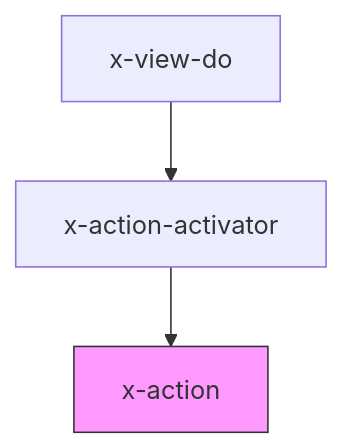
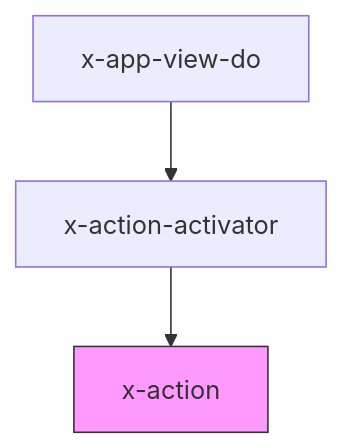
One commit to viewdo/x-ui changed the diagram in docs/pages/components/x-action/readme.md. Above: the diagram before and after it, drawn with Mermaid. The commit also changed 238 other files, not shown here.

````diff
--- a/docs/pages/components/x-action/readme.md
+++ b/docs/pages/components/x-action/readme.md
@@ -57,8 +57,8 @@
 ```mermaid
 graph TD;
-  x-view-do --> x-action-activator
+  x-app-view-do --> x-action-activator
   x-action-activator --> x-action
 
   style x-action fill:#f9f,stroke:#333,stroke-width:1px
 
 ```
````
